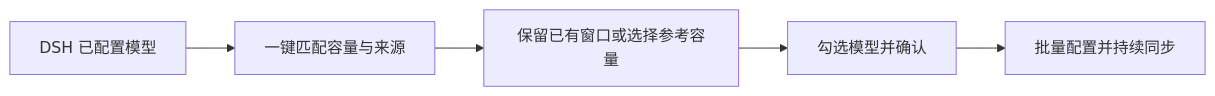
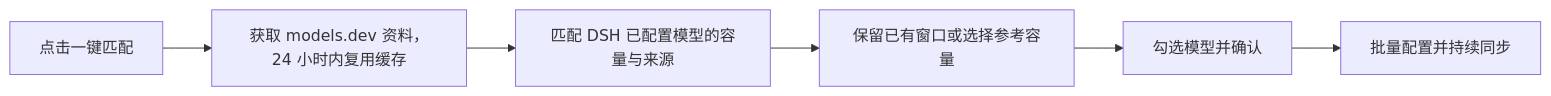
The diagram in README.md (HOWILLMAKEIT/dsh-model-context-catalog), drawn with Mermaid before and after one commit. The commit also changed other lines of this file and 26 other files, not shown here.

````diff
--- a/README.md
+++ b/README.md
@@ -41,7 +41,8 @@
 ```mermaid
 flowchart LR
-    A["DSH 已配置模型"] --> B["一键匹配容量与来源"]
+    A["点击一键匹配"] --> R["获取 models.dev 资料，24 小时内复用缓存"]
+    R --> B["匹配 DSH 已配置模型的容量与来源"]
     B --> C["保留已有窗口或选择参考容量"]
     C --> D["勾选模型并确认"]
     D --> E["批量配置并持续同步"]
 ```
````
